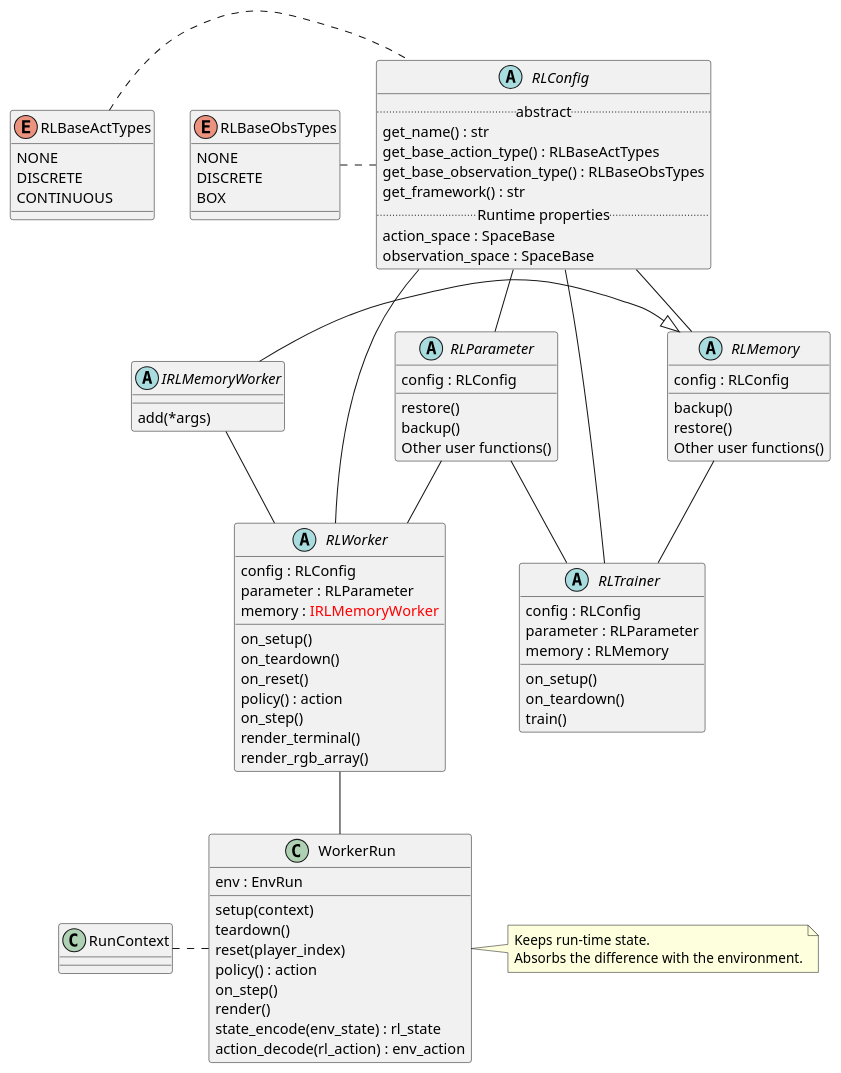
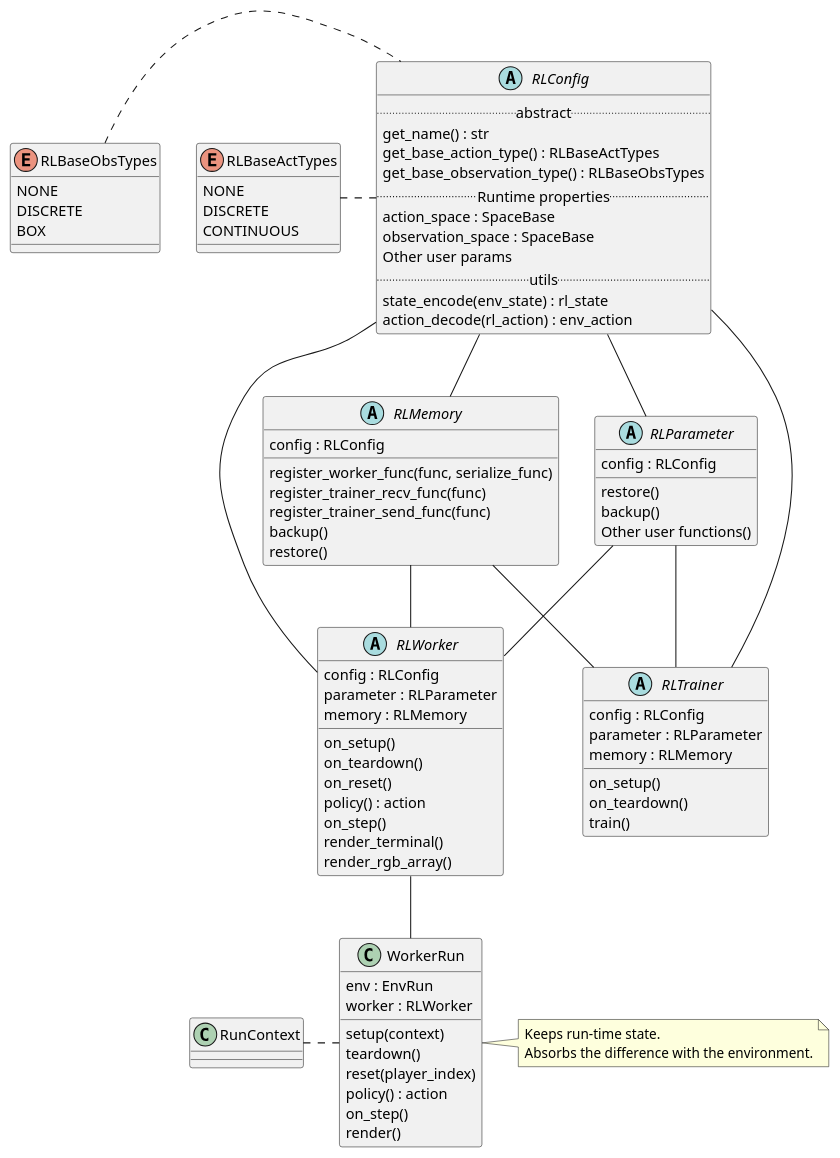
One commit to pocokhc/simple_distributed_rl changed the diagram in diagrams/class_rl.pu. Above: the diagram before and after it, drawn with PlantUML. The commit also changed 9 other files, not shown here.

Commit message:
[diagrams] update

```diff
--- a/diagrams/class_rl.pu
+++ b/diagrams/class_rl.pu
@@ -1,101 +1,102 @@
 @startuml class_rl
 
 enum RLBaseActTypes {
     NONE
     DISCRETE
     CONTINUOUS
 }
 
 enum RLBaseObsTypes {
     NONE
     DISCRETE
     BOX
 }
 
 abstract RLConfig {
     .. abstract ..
     get_name() : str
     get_base_action_type() : RLBaseActTypes
     get_base_observation_type() : RLBaseObsTypes
-    get_framework() : str
     .. Runtime properties ..
     action_space : SpaceBase
     observation_space : SpaceBase
+    Other user params
+    .. utils ..
+    state_encode(env_state) : rl_state
+    action_decode(rl_action) : env_action
 }
 
 
-abstract IRLMemoryWorker {
-    add(*args)
-}
 abstract RLMemory {
     config : RLConfig
+    register_worker_func(func, serialize_func)
+    register_trainer_recv_func(func)
+    register_trainer_send_func(func)
     backup()
     restore()
-    Other user functions()
 }
-IRLMemoryWorker -|> RLMemory
 
 
 abstract RLParameter {
     config : RLConfig
     restore()
     backup()
     Other user functions()
 }
 
 
 abstract RLTrainer {
     config : RLConfig
     parameter : RLParameter
     memory : RLMemory
     on_setup()
     on_teardown()
     train()
 }
 
 
 abstract RLWorker {
     config : RLConfig
     parameter : RLParameter
-    memory : <color red>IRLMemoryWorker</color>
+    memory : RLMemory
     on_setup()
     on_teardown()
     on_reset()
     policy() : action
     on_step()
     render_terminal()
     render_rgb_array()
 }
 RLWorker -- WorkerRun
 
 
 class RunContext {}
 class WorkerRun {
     env : EnvRun
+    worker : RLWorker
     setup(context)
     teardown()
     reset(player_index)
     policy() : action
     on_step()
     render()
-    state_encode(env_state) : rl_state
-    action_decode(rl_action) : env_action
+
 }
 note "Keeps run-time state.\nAbsorbs the difference with the environment." as WorkerRunMemo
 WorkerRun . WorkerRunMemo
 RunContext . WorkerRun
 
 RLBaseActTypes . RLConfig
 RLBaseObsTypes . RLConfig
 
 RLConfig --- RLWorker
 RLConfig --- RLTrainer
 RLConfig -- RLParameter
 RLConfig -- RLMemory
 
 RLParameter -- RLWorker
 RLParameter -- RLTrainer
-IRLMemoryWorker -- RLWorker
+RLMemory -- RLWorker
 RLMemory -- RLTrainer
 
 @enduml
```
